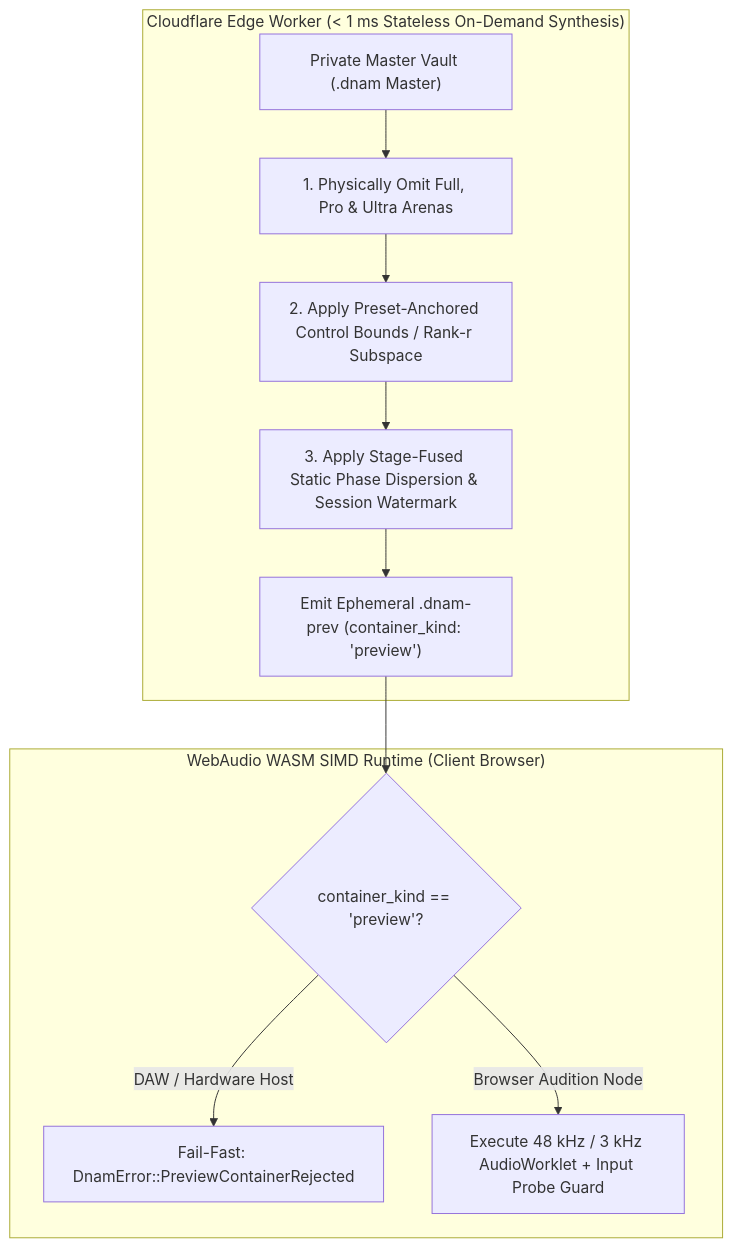
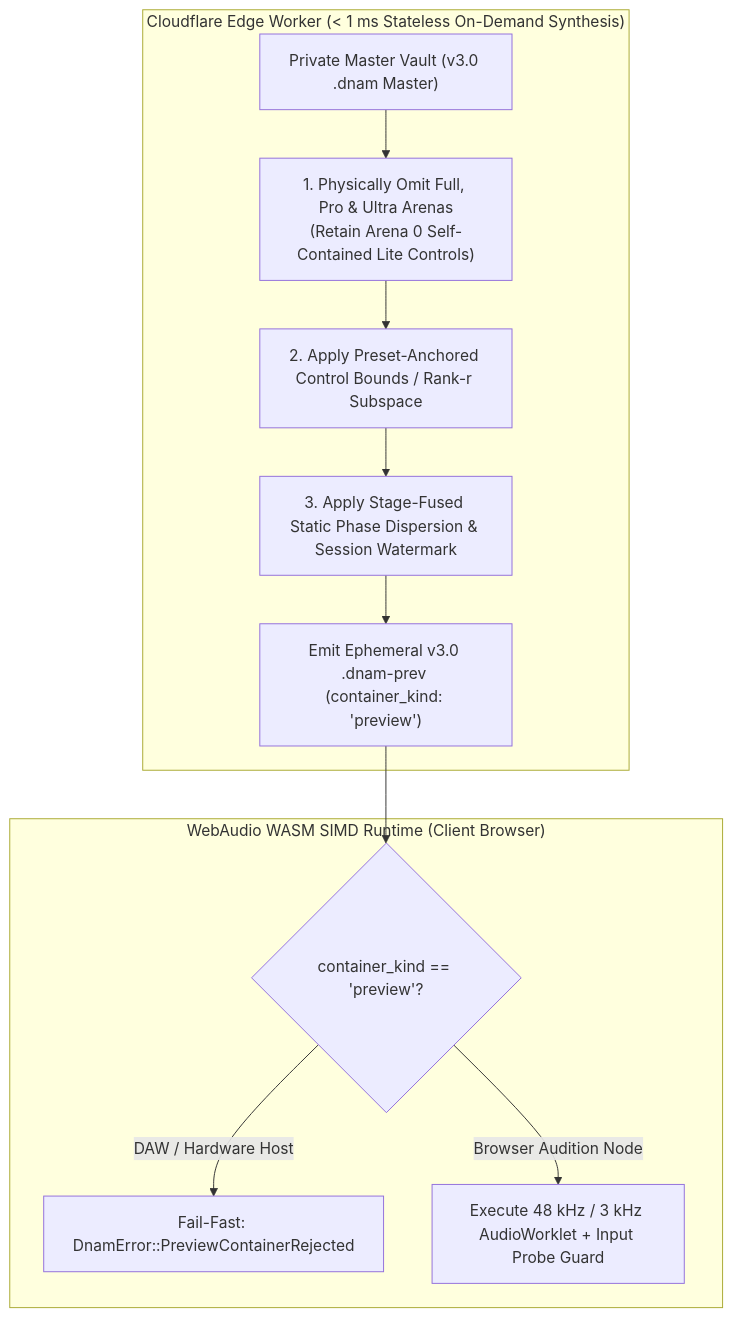
Before and after one commit to mokugen/dnam: the second of 3 diagrams in docs/specs/security/watermarking_and_marketplace.md, drawn with Mermaid. The commit also changed other lines of this file and 99 other files, not shown here.

Commit message:
docs(specs): cut over canonical architecture and v3.0 specs to SONA + WebGPU

````diff
--- a/docs/specs/security/watermarking_and_marketplace.md
+++ b/docs/specs/security/watermarking_and_marketplace.md
@@ -112,15 +112,15 @@
 ```mermaid
 flowchart TD
     subgraph EdgeWorker ["Cloudflare Edge Worker (< 1 ms Stateless On-Demand Synthesis)"]
-        Vault["Private Master Vault (.dnam Master)"] --> Strip["1. Physically Omit Full, Pro & Ultra Arenas"]
+        Vault["Private Master Vault (v3.0 .dnam Master)"] --> Strip["1. Physically Omit Full, Pro & Ultra Arenas<br/>(Retain Arena 0 Self-Contained Lite Controls)"]
         Strip --> Bound["2. Apply Preset-Anchored Control Bounds / Rank-r Subspace"]
         Bound --> Disp["3. Apply Stage-Fused Static Phase Dispersion & Session Watermark"]
-        Disp --> Emit["Emit Ephemeral .dnam-prev (container_kind: 'preview')"]
+        Disp --> Emit["Emit Ephemeral v3.0 .dnam-prev (container_kind: 'preview')"]
     end
 
     subgraph Browser ["WebAudio WASM SIMD Runtime (Client Browser)"]
         Emit --> Check{"container_kind == 'preview'?"}
         Check -- "DAW / Hardware Host" --> Reject["Fail-Fast: DnamError::PreviewContainerRejected"]
         Check -- "Browser Audition Node" --> Play["Execute 48 kHz / 3 kHz AudioWorklet + Input Probe Guard"]
     end
 ```
````
